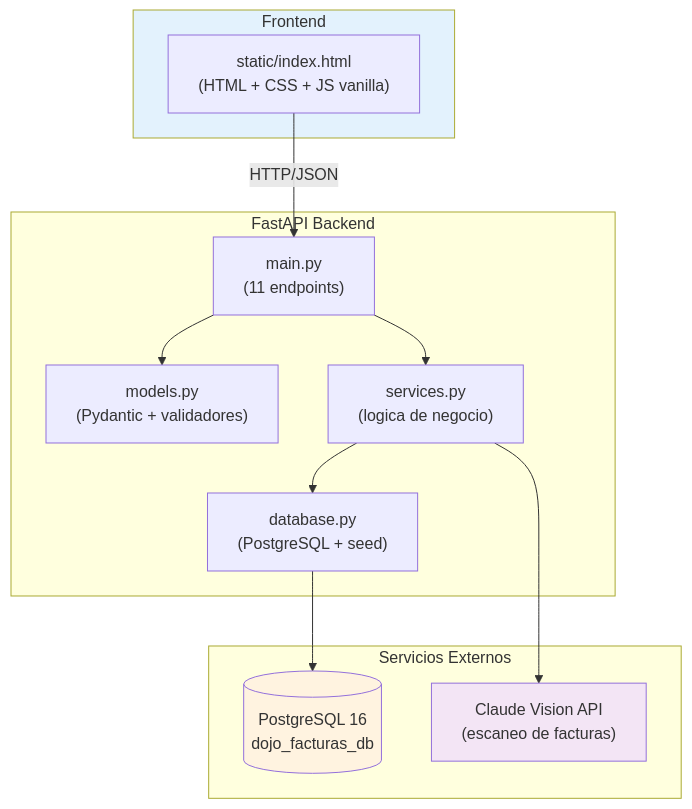
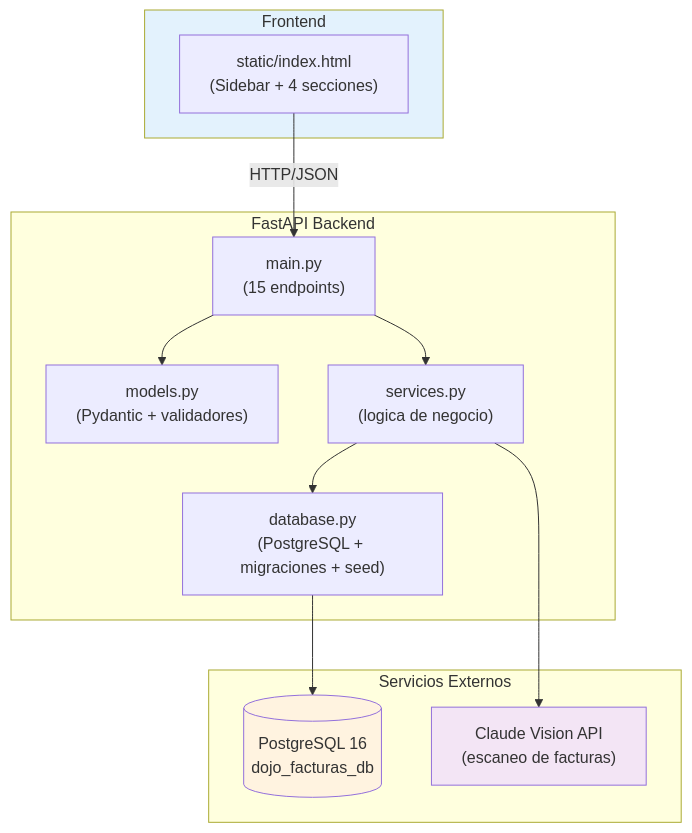
One commit to gabocolo/dojo-reembolsos changed the fourth of 5 diagrams in README.md. Above: the diagram before and after it, drawn with Mermaid. The commit also changed other lines of this file and 11 other files, not shown here.

````diff
--- a/README.md
+++ b/README.md
@@ -81,29 +108,29 @@
 ```mermaid
 flowchart TB
     subgraph Frontend
-        HTML["static/index.html\n(HTML + CSS + JS vanilla)"]
+        HTML["static/index.html\n(Sidebar + 4 secciones)"]
     end
 
     subgraph Backend ["FastAPI Backend"]
-        MAIN["main.py\n(11 endpoints)"]
+        MAIN["main.py\n(15 endpoints)"]
         MODELS["models.py\n(Pydantic + validadores)"]
         SERVICES["services.py\n(logica de negocio)"]
-        DB["database.py\n(PostgreSQL + seed)"]
+        DB["database.py\n(PostgreSQL + migraciones + seed)"]
     end
 
     subgraph External ["Servicios Externos"]
         PG[("PostgreSQL 16\ndojo_facturas_db")]
         CLAUDE["Claude Vision API\n(escaneo de facturas)"]
     end
 
     HTML -->|HTTP/JSON| MAIN
     MAIN --> MODELS
     MAIN --> SERVICES
     SERVICES --> DB
     SERVICES --> CLAUDE
     DB --> PG
 
     style Frontend fill:#e3f2fd
     style PG fill:#fff3e0
     style CLAUDE fill:#f3e5f5
 ```
````
